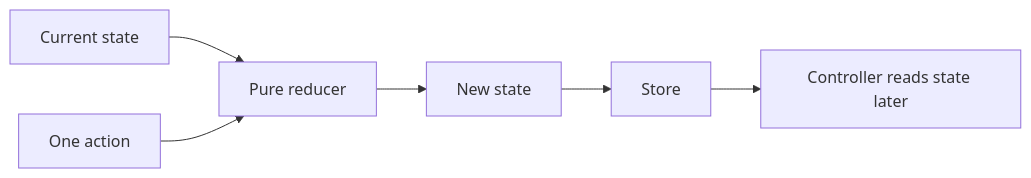
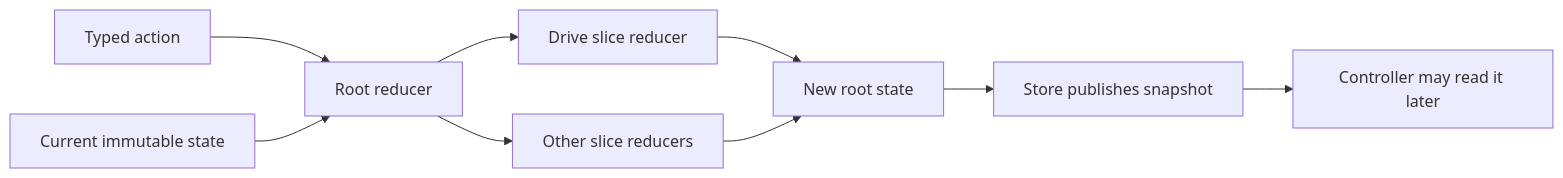
One commit to ARES-23247/ARESWEB changed the diagram in content/learning/robotics-foundations/05-redux-basics.md. Above: the diagram before and after it, drawn with Mermaid. The commit also changed other lines of this file and 6 other files, not shown here.

````diff
--- a/content/learning/robotics-foundations/05-redux-basics.md
+++ b/content/learning/robotics-foundations/05-redux-basics.md
@@ -54,9 +113,12 @@
 ```mermaid
-%% aria: The store gives current state and one action to a reducer. The reducer returns new state. A controller may read that state later.
+%% aria: An action and current immutable state enter the root reducer. The root reducer sends the action through focused slice reducers, creates a new root state, and the store publishes that snapshot. A controller may read it later.
 flowchart LR
-    S["Current state"] --> R["Pure reducer"]
-    A["One action"] --> R
-    R --> N["New state"]
-    N --> T["Store"]
-    T --> C["Controller reads state later"]
+    A["Typed action"] --> R["Root reducer"]
+    S["Current immutable state"] --> R
+    R --> D["Drive slice reducer"]
+    R --> V["Other slice reducers"]
+    D --> N["New root state"]
+    V --> N
+    N --> T["Store publishes snapshot"]
+    T --> C["Controller may read it later"]
 ```
````
